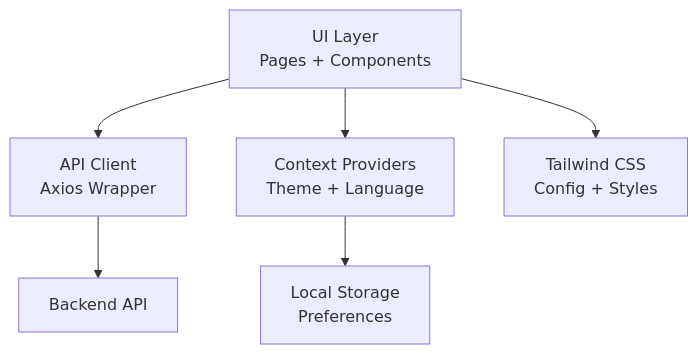
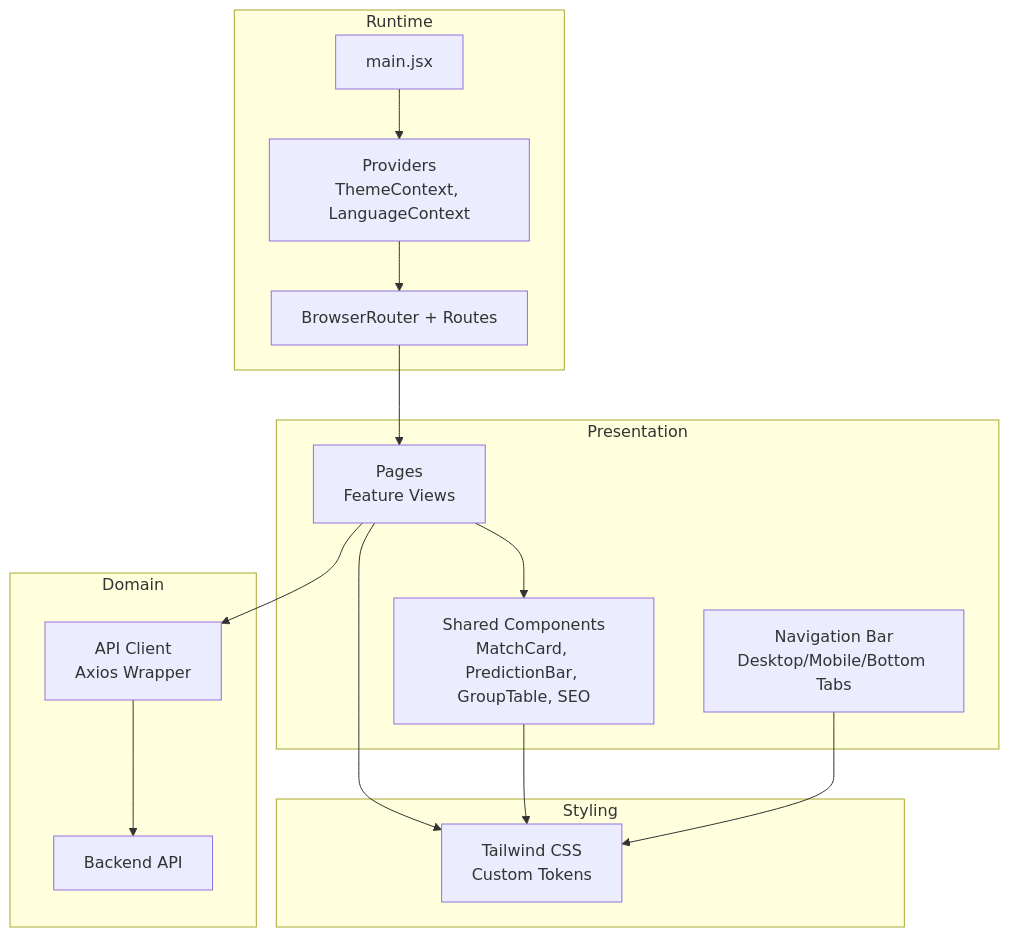
The second of 11 diagrams in .qoder/repowiki/en/content/Frontend Application/Frontend Application.md (cheesiong/WC26-qwen), drawn with Mermaid before and after one commit. The commit also changed other lines of this file and 181 other files, not shown here.

````diff
--- a/.qoder/repowiki/en/content/Frontend Application/Frontend Application.md
+++ b/.qoder/repowiki/en/content/Frontend Application/Frontend Application.md
@@ -228,8 +130,27 @@
 ```mermaid
 graph TB
-UI["UI Layer<br/>Pages + Components"] --> SVC["API Client<br/>Axios Wrapper"]
-UI --> CTX["Context Providers<br/>Theme + Language"]
-SVC --> BE["Backend API"]
-CTX --> STORE["Local Storage<br/>Preferences"]
-UI --> STYLE["Tailwind CSS<br/>Config + Styles"]
+subgraph "Runtime"
+Root["main.jsx"]
+Providers["Providers<br/>ThemeContext, LanguageContext"]
+Router["BrowserRouter + Routes"]
+end
+subgraph "Presentation"
+Nav["Navigation Bar<br/>Desktop/Mobile/Bottom Tabs"]
+Pages["Pages<br/>Feature Views"]
+Components["Shared Components<br/>MatchCard, PredictionBar, GroupTable, SEO"]
+end
+subgraph "Domain"
+API["API Client<br/>Axios Wrapper"]
+Backend["Backend API"]
+end
+subgraph "Styling"
+TW["Tailwind CSS<br/>Custom Tokens"]
+end
+Root --> Providers --> Router --> Pages
+Pages --> Components
+Pages --> API
+API --> Backend
+Pages --> TW
+Components --> TW
+Nav --> TW
 ```
````
